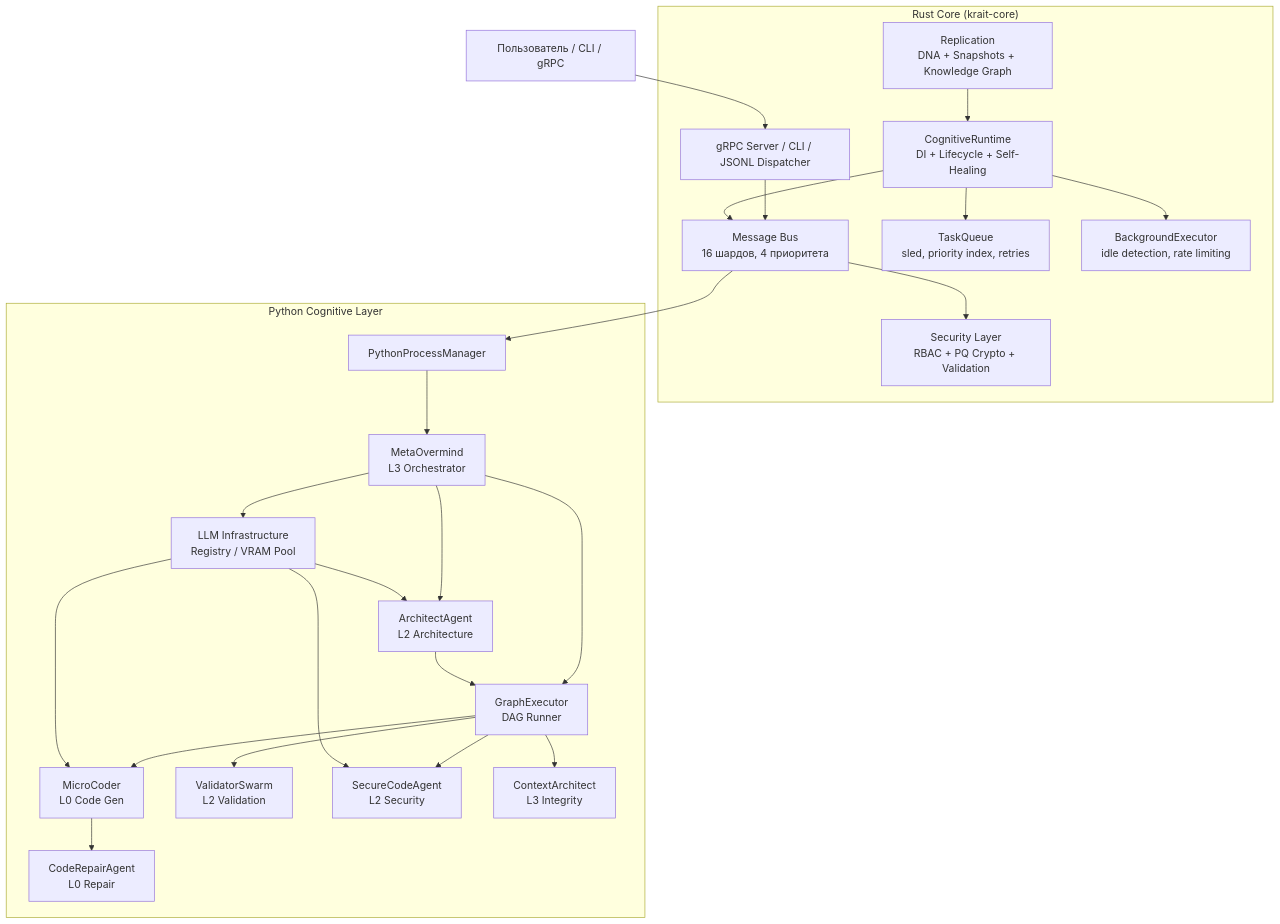
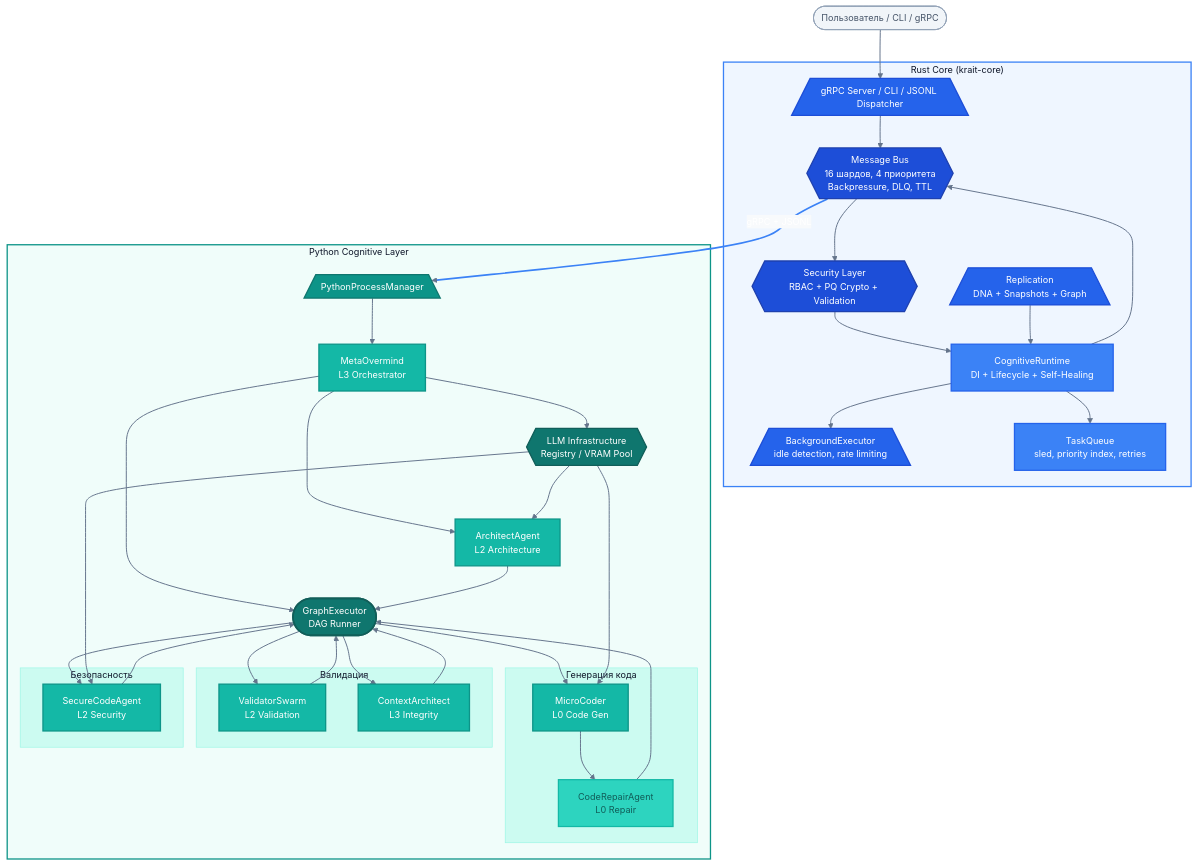
Before and after one commit to Rafned/Krait-Ecosystem: the first of 5 diagrams in docs/Architecture_RU.md, drawn with Mermaid. The commit also changed other lines of this file, not shown here.

````diff
--- a/docs/Architecture_RU.md
+++ b/docs/Architecture_RU.md
@@ -26,40 +26,144 @@
 ```mermaid
+%%{init: {'theme': 'base', 'themeVariables': {
+  'lineColor': '#64748B',
+  'primaryColor': '#3B82F6',
+  'primaryTextColor': '#FFFFFF',
+  'primaryBorderColor': '#2563EB',
+  'secondaryColor': '#0D9488',
+  'tertiaryColor': '#0F172A',
+  'fontFamily': 'system-ui, -apple-system, sans-serif',
+  'fontSize': '14px',
+  'edgeLabelBackground': '#F8FAFC'
+}}}%%
+
 flowchart TD
-    User[Пользователь / CLI / gRPC] --> Dispatcher
-    
+    %% ===== ВНЕШНИЙ КОНТЕКСТ (Стадион) =====
+    User(["Пользователь / CLI / gRPC"]) --> Dispatcher
+
+    %% ===== RUST CORE (Синий) =====
     subgraph RustCore ["Rust Core (krait-core)"]
-        Dispatcher[gRPC Server / CLI / JSONL Dispatcher]
-        Bus[Message Bus<br/>16 шардов, 4 приоритета]
-        Runtime[CognitiveRuntime<br/>DI + Lifecycle + Self-Healing]
-        TQ[TaskQueue<br/>sled, priority index, retries]
-        BE[BackgroundExecutor<br/>idle detection, rate limiting]
-        Sec[Security Layer<br/>RBAC + PQ Crypto + Validation]
-        Rep[Replication<br/>DNA + Snapshots + Knowledge Graph]
+        %% I/O Границы (Параллелограммы)
+        Dispatcher[/"gRPC Server / CLI / JSONL Dispatcher"\]
+        BE[/"BackgroundExecutor<br/>idle detection, rate limiting"\]
+        Rep[/"Replication<br/>DNA + Snapshots + Graph"\]
+        
+        %% Инфраструктурные слои (Шестиугольники)
+        Bus{{"Message Bus<br/>16 шардов, 4 приоритета<br/>Backpressure, DLQ, TTL"}}
+        Sec{{"Security Layer<br/>RBAC + PQ Crypto + Validation"}}
+        
+        %% Внутренние процессы (Прямоугольники)
+        Runtime["CognitiveRuntime<br/>DI + Lifecycle + Self-Healing"]
+        TQ["TaskQueue<br/>sled, priority index, retries"]
     end
-    
+
+    %% ===== PYTHON COGNITIVE LAYER (Бирюзовый) =====
+    subgraph PyLayer ["Python Cognitive Layer"]
+        %% I/O Границы
+        PyMgr[/"PythonProcessManager"\]
+        
+        %% Точка старта графа (Стадион)
+        Graph(["GraphExecutor<br/>DAG Runner"])
+        
+        %% Инфраструктурный слой (Шестиугольник)
+        LLM{{"LLM Infrastructure<br/>Registry / VRAM Pool"}}
+        
+        %% Агенты (Прямоугольники)
+        PyMeta["MetaOvermind<br/>L3 Orchestrator"]
+        Arch["ArchitectAgent<br/>L2 Architecture"]
+
+        subgraph Generation ["Генерация кода"]
+            MC["MicroCoder<br/>L0 Code Gen"]
+            CRA["CodeRepairAgent<br/>L0 Repair"]
+        end
+
+        subgraph Validation ["Валидация"]
+            VR["ValidatorSwarm<br/>L2 Validation"]
+            CA["ContextArchitect<br/>L3 Integrity"]
+        end
+
+        subgraph Security ["Безопасность"]
+            SC["SecureCodeAgent<br/>L2 Security"]
+        end
+    end
+
+    %% === ПОТОКИ ДАННЫХ ===
     Dispatcher --> Bus
-    Runtime --> Bus
+    Bus --> Sec
+    Sec --> Runtime
     Runtime --> TQ
     Runtime --> BE
-    Bus --> Sec
     Rep --> Runtime
+    Runtime --> Bus
+
+    Bus ==>|"gRPC + JSONL"| PyMgr
+
+    PyMgr --> PyMeta
+    PyMeta --> Arch
+    PyMeta --> Graph
+    PyMeta --> LLM
+    Arch --> Graph
+
+    Graph --> MC
+    Graph --> VR
+    Graph --> SC
+    Graph --> CA
     
-    Bus --> PyMgr[PythonProcessManager]
+    %% Добавил обратные связи от валидаторов/безопасности
+    VR --> Graph
+    CA --> Graph
+    SC --> Graph
     
-    subgraph PyLayer ["Python Cognitive Layer"]
-        PyMgr --> PyMeta[MetaOvermind<br/>L3 Orchestrator]
-        PyMeta --> Arch[ArchitectAgent<br/>L2 Architecture]
-        PyMeta --> Graph[GraphExecutor<br/>DAG Runner]
-        Graph --> MC[MicroCoder<br/>L0 Code Gen]
-        Graph --> VR[ValidatorSwarm<br/>L2 Validation]
-        Graph --> SC[SecureCodeAgent<br/>L2 Security]
-        Graph --> CA[ContextArchitect<br/>L3 Integrity]
-        MC --> CRA[CodeRepairAgent<br/>L0 Repair]
-        PyMeta --> LLM[LLM Infrastructure<br/>Registry / VRAM Pool]
-    end
+    MC --> CRA
+    CRA --> Graph
     
-    Arch --> Graph
     LLM --> MC
     LLM --> Arch
     LLM --> SC
+
+    %% ==========================================
+    %% ===== ЕДИНЫЙ ДИЗАЙН-СТИЛЬ (CSS) ==========
+    %% ==========================================
+
+    %% --- ВНЕШНИЙ КОНТЕКСТ ---
+    style User fill:#F1F5F9,stroke:#94A3B8,stroke-width:1.5px,color:#475569
+
+    %% --- КОНТЕЙНЕРЫ СЛОЕВ ---
+    style RustCore fill:#EFF6FF,stroke:#3B82F6,stroke-width:2px,color:#0F172A
+    style PyLayer fill:#F0FDFA,stroke:#0D9488,stroke-width:2px,color:#0F172A
+    style Generation fill:#CCFBF1,stroke:#99F6E4,stroke-width:1px,color:#0F172A
+    style Validation fill:#CCFBF1,stroke:#99F6E4,stroke-width:1px,color:#0F172A
+    style Security fill:#CCFBF1,stroke:#99F6E4,stroke-width:1px,color:#0F172A
+
+    %% --- СИНЕЕ (Rust Core) ---
+    %% Шестиугольники (Инфраструктура)
+    style Bus fill:#1D4ED8,stroke:#1E40AF,stroke-width:2px,color:#FFFFFF
+    style Sec fill:#1D4ED8,stroke:#1E40AF,stroke-width:2px,color:#FFFFFF
+    %% Параллелограммы (I/O)
+    style Dispatcher fill:#2563EB,stroke:#1D4ED8,stroke-width:2px,color:#FFFFFF
+    style BE fill:#2563EB,stroke:#1D4ED8,stroke-width:2px,color:#FFFFFF
+    style Rep fill:#2563EB,stroke:#1D4ED8,stroke-width:2px,color:#FFFFFF
+    %% Прямоугольники (Процессы)
+    style Runtime fill:#3B82F6,stroke:#2563EB,stroke-width:2px,color:#FFFFFF
+    style TQ fill:#3B82F6,stroke:#2563EB,stroke-width:2px,color:#FFFFFF
+
+    %% --- БИРЮЗОВОЕ (Python Layer) ---
+    %% Стадионы (Главные точки потока)
+    style Graph fill:#0F766E,stroke:#115E59,stroke-width:2.5px,color:#FFFFFF
+    %% Шестиугольники (Инфраструктура)
+    style LLM fill:#0F766E,stroke:#115E59,stroke-width:2px,color:#FFFFFF
+    %% Параллелограммы (I/O)
+    style PyMgr fill:#0D9488,stroke:#0F766E,stroke-width:2px,color:#FFFFFF
+    %% Прямоугольники (Агенты)
+    style PyMeta fill:#14B8A6,stroke:#0D9488,stroke-width:2px,color:#FFFFFF
+    style Arch fill:#14B8A6,stroke:#0D9488,stroke-width:2px,color:#FFFFFF
+    style MC fill:#14B8A6,stroke:#0D9488,stroke-width:2px,color:#FFFFFF
+    style VR fill:#14B8A6,stroke:#0D9488,stroke-width:2px,color:#FFFFFF
+    style SC fill:#14B8A6,stroke:#0D9488,stroke-width:2px,color:#FFFFFF
+    style CA fill:#14B8A6,stroke:#0D9488,stroke-width:2px,color:#FFFFFF
+    style CRA fill:#2DD4BF,stroke:#14B8A6,stroke-width:2px,color:#115E59
+
+    %% --- ЛИНИИ СВЯЗИ ---
+    linkStyle default stroke:#64748B,stroke-width:1.5px
+    %% Выделение системной границы (Rust -> Python) — индекс 8
+    linkStyle 8 stroke:#3B82F6,stroke-width:2.5px
 ```
````
